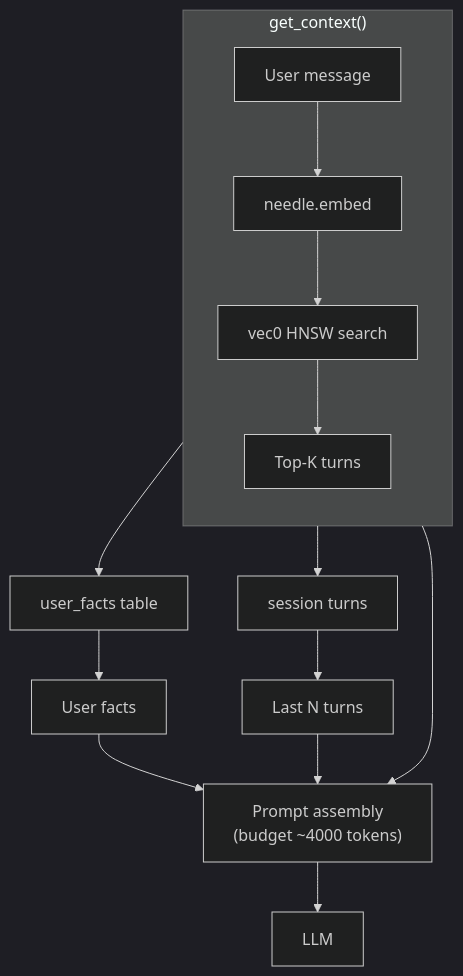
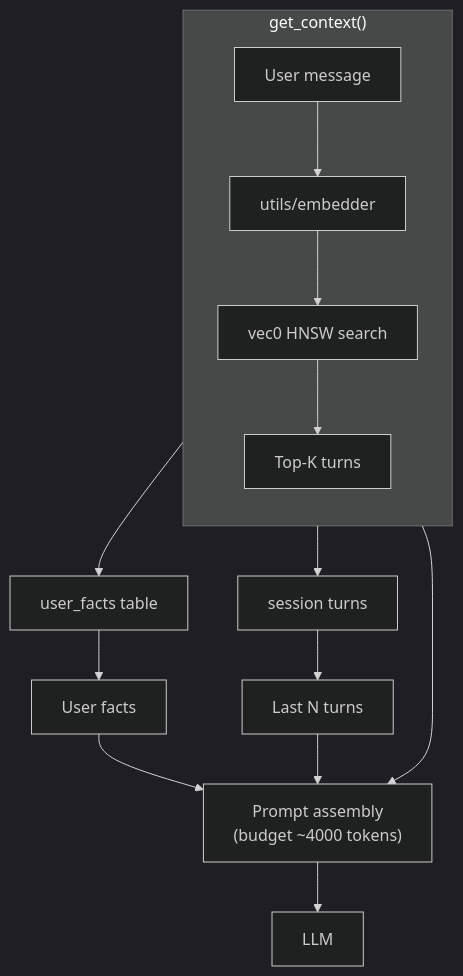
Before and after one commit to Elnix90/MP2I: the first of 5 diagrams in docs/memory.md, drawn with Mermaid (dark theme). The commit also changed other lines of this file and 5 other files, not shown here.

````diff
--- a/docs/memory.md
+++ b/docs/memory.md
@@ -11,21 +12,21 @@
 ```mermaid
 graph TB
     subgraph "get_context()"
         direction TB
-        A[User message] --> B[needle.embed]
+        A[User message] --> B[utils/embedder]
         B --> C[vec0 HNSW search]
         C --> D[Top-K turns]
     end
 
     A --> E[user_facts table]
     E --> F[User facts]
 
     A --> G[session turns]
     G --> H[Last N turns]
 
     F --> I["Prompt assembly<br/>(budget ~4000 tokens)"]
     D --> I
     H --> I
 
     I --> J[LLM]
 ```
````
